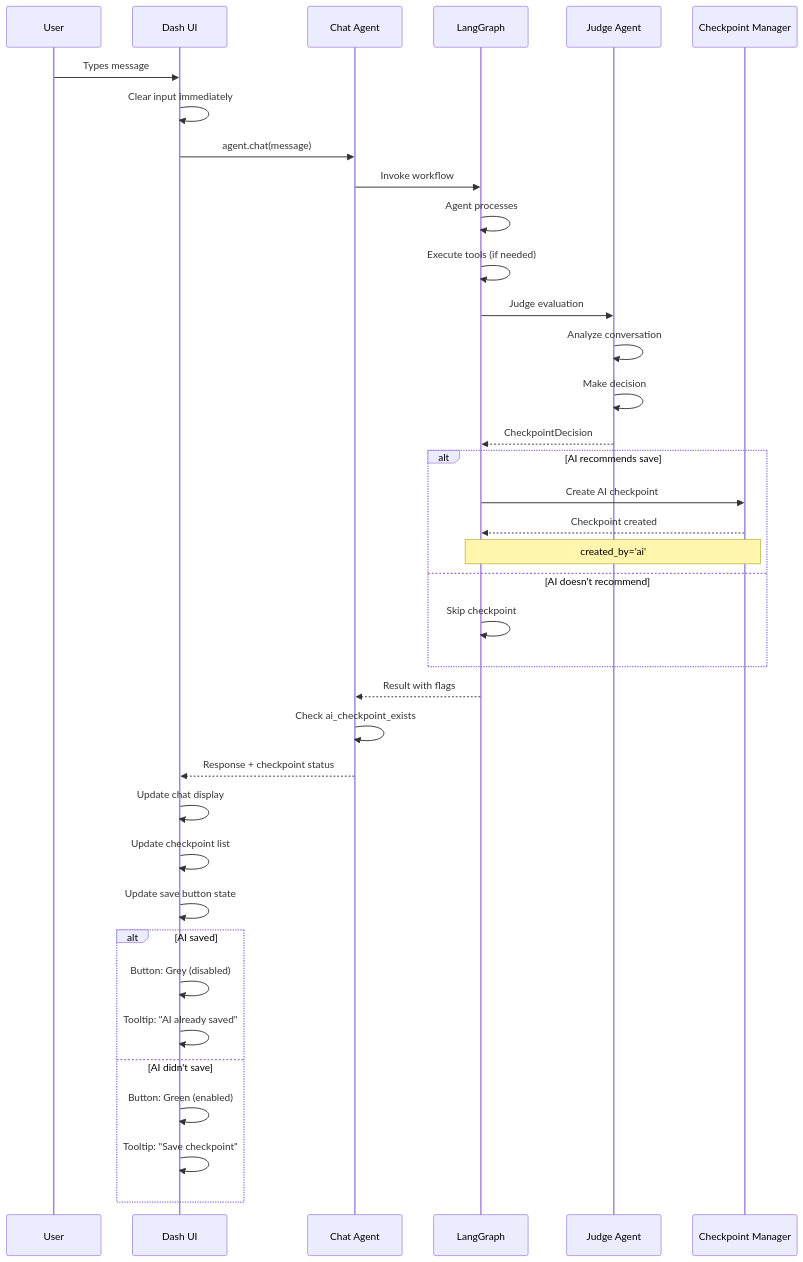
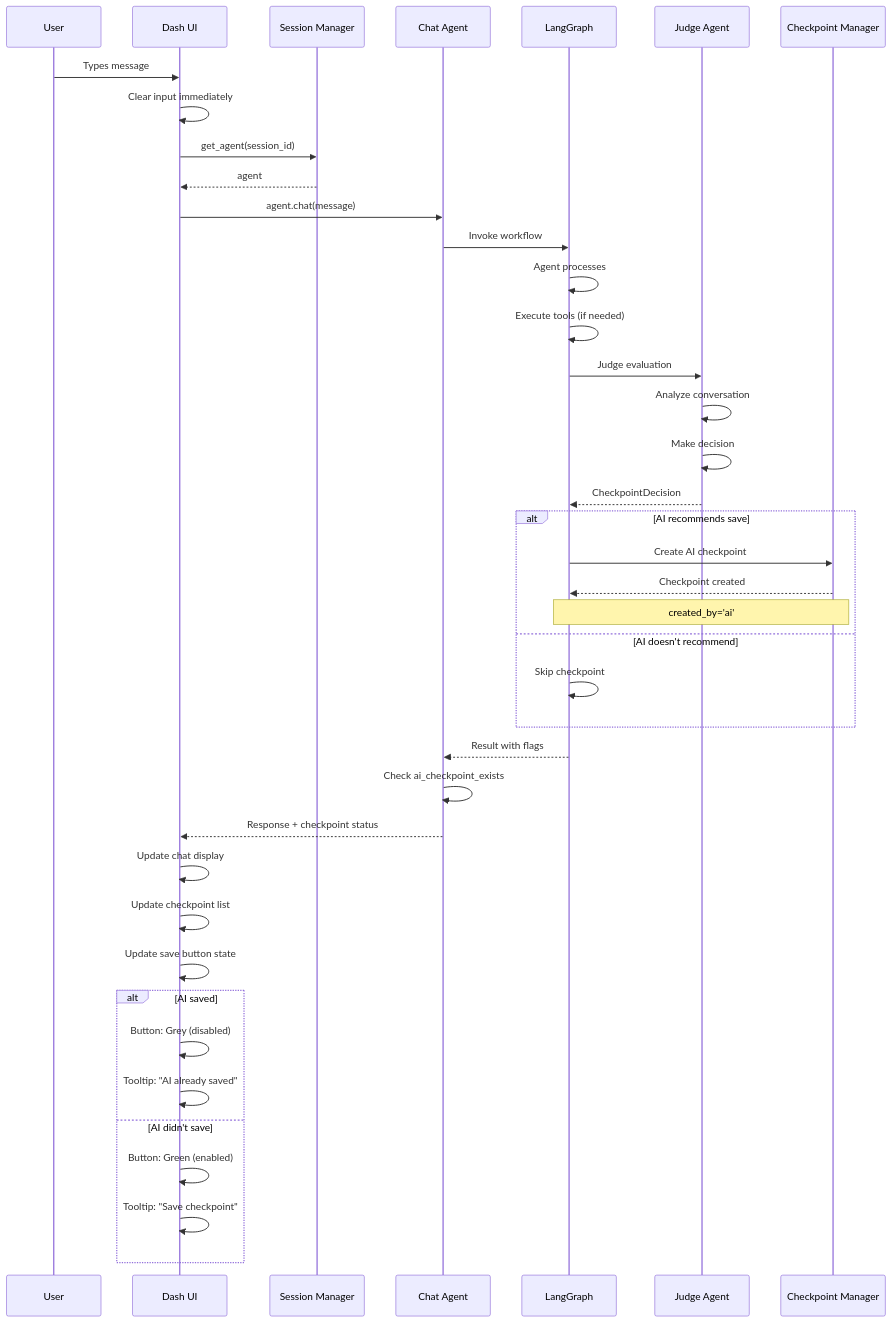
Diagram 15 of 24 in docs/TIME_TRAVEL.md (Panegyric0926/checkpoint), drawn with Mermaid before and after one commit. The commit also changed other lines of this file and 3 other files, not shown here.

````diff
--- a/docs/TIME_TRAVEL.md
+++ b/docs/TIME_TRAVEL.md
@@ -518,46 +656,49 @@
 ```mermaid
 sequenceDiagram
     participant U as User
     participant UI as Dash UI
+    participant SM as Session Manager
     participant A as Chat Agent
     participant G as LangGraph
     participant J as Judge Agent
     participant CM as Checkpoint Manager
     
     U->>UI: Types message
     UI->>UI: Clear input immediately
+    UI->>SM: get_agent(session_id)
+    SM-->>UI: agent
     UI->>A: agent.chat(message)
     
     A->>G: Invoke workflow
     G->>G: Agent processes
     G->>G: Execute tools (if needed)
     G->>J: Judge evaluation
     
     J->>J: Analyze conversation
     J->>J: Make decision
     J-->>G: CheckpointDecision
     
     alt AI recommends save
         G->>CM: Create AI checkpoint
         CM-->>G: Checkpoint created
         Note over G,CM: created_by='ai'
     else AI doesn't recommend
         G->>G: Skip checkpoint
     end
     
     G-->>A: Result with flags
     A->>A: Check ai_checkpoint_exists
     A-->>UI: Response + checkpoint status
     
     UI->>UI: Update chat display
     UI->>UI: Update checkpoint list
     UI->>UI: Update save button state
     
     alt AI saved
         UI->>UI: Button: Grey (disabled)
         UI->>UI: Tooltip: "AI already saved"
     else AI didn't save
         UI->>UI: Button: Green (enabled)
         UI->>UI: Tooltip: "Save checkpoint"
     end
 ```
````
